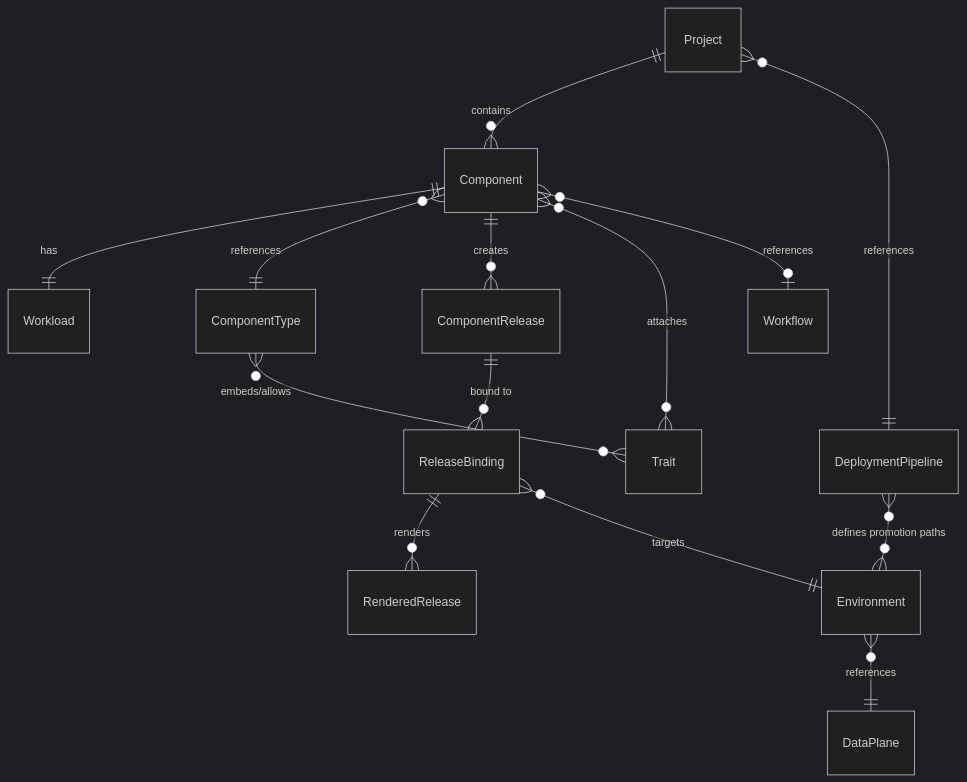
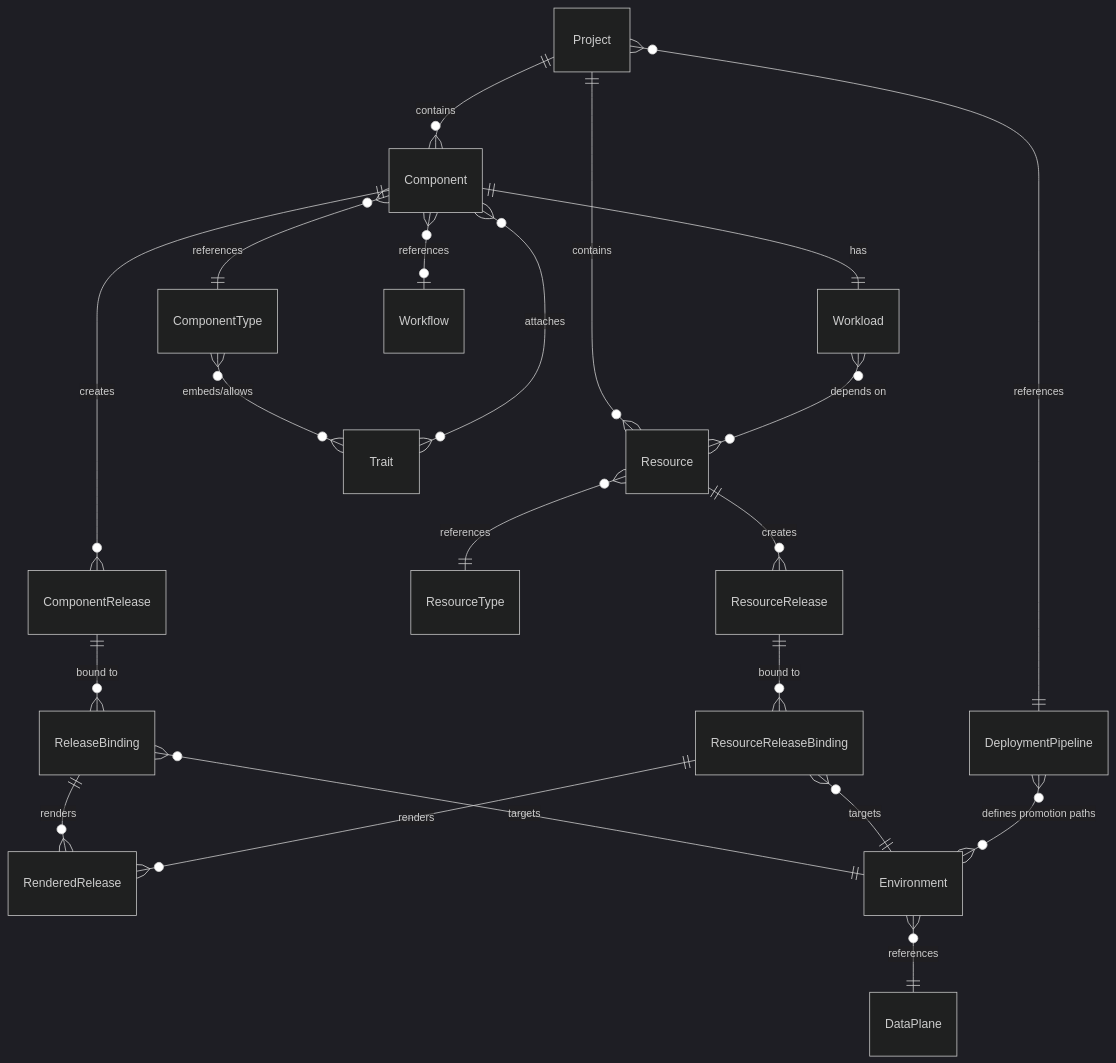
One commit to rashadism/openchoreo changed the diagram in docs/resource-kind-reference-guide.md. Above: the diagram before and after it, drawn with Mermaid (dark theme). The commit also changed other lines of this file, not shown here.

Commit message:
docs: add resource abstraction CRDs to kind reference guide (#3580)

````diff
--- a/docs/resource-kind-reference-guide.md
+++ b/docs/resource-kind-reference-guide.md
@@ -56,16 +60,23 @@
 ```mermaid
 erDiagram
     Project ||--o{ Component : "contains"
+    Project ||--o{ Resource : "contains"
     Component ||--|| Workload : "has"
     Component }o--|| ComponentType : "references"
     Component ||--o{ ComponentRelease : "creates"
     ComponentRelease ||--o{ ReleaseBinding : "bound to"
     ReleaseBinding ||--o{ RenderedRelease : "renders"
     ReleaseBinding }o--|| Environment : "targets"
+    Resource }o--|| ResourceType : "references"
+    Resource ||--o{ ResourceRelease : "creates"
+    ResourceRelease ||--o{ ResourceReleaseBinding : "bound to"
+    ResourceReleaseBinding ||--o{ RenderedRelease : "renders"
+    ResourceReleaseBinding }o--|| Environment : "targets"
+    Workload }o--o{ Resource : "depends on"
     Environment }o--|| DataPlane : "references"
     Project }o--|| DeploymentPipeline : "references"
     DeploymentPipeline }o--o{ Environment : "defines promotion paths"
     ComponentType }o--o{ Trait : "embeds/allows"
     Component }o--o{ Trait : "attaches"
     Component }o--o| Workflow : "references"
 ```
````
